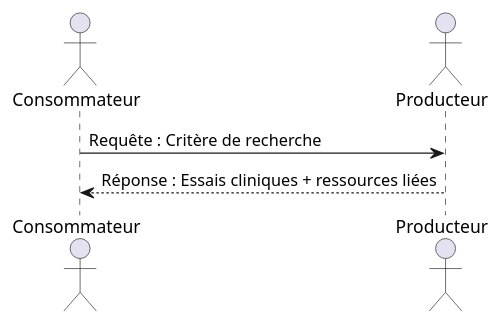
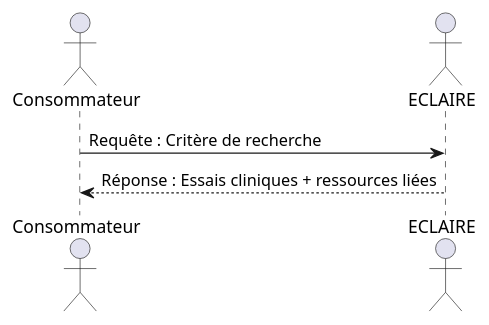
Before and after one commit to ansforge/essais-cliniques: the diagram in input/images-source/flux1.plantuml, drawn with PlantUML. The commit also changed 5 other files, not shown here.

```diff
--- a/input/images-source/flux1.plantuml
+++ b/input/images-source/flux1.plantuml
@@ -1,6 +1,6 @@
 @startuml flux1
 actor Consommateur
-actor Producteur
-Consommateur -> Producteur: Requête : Critère de recherche
-Producteur --> Consommateur: Réponse : Essais cliniques + ressources liées
+actor ECLAIRE
+Consommateur -> ECLAIRE : Requête : Critère de recherche
+ECLAIRE --> Consommateur: Réponse : Essais cliniques + ressources liées
 @enduml
```
